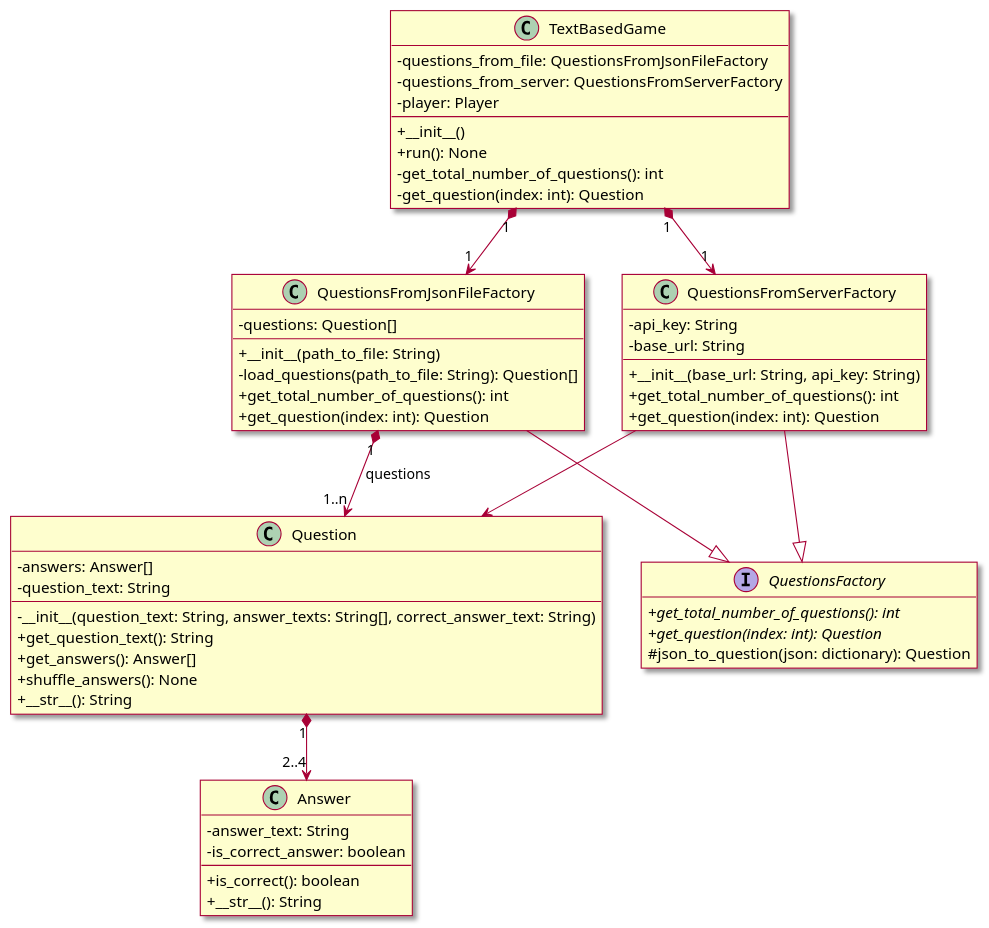
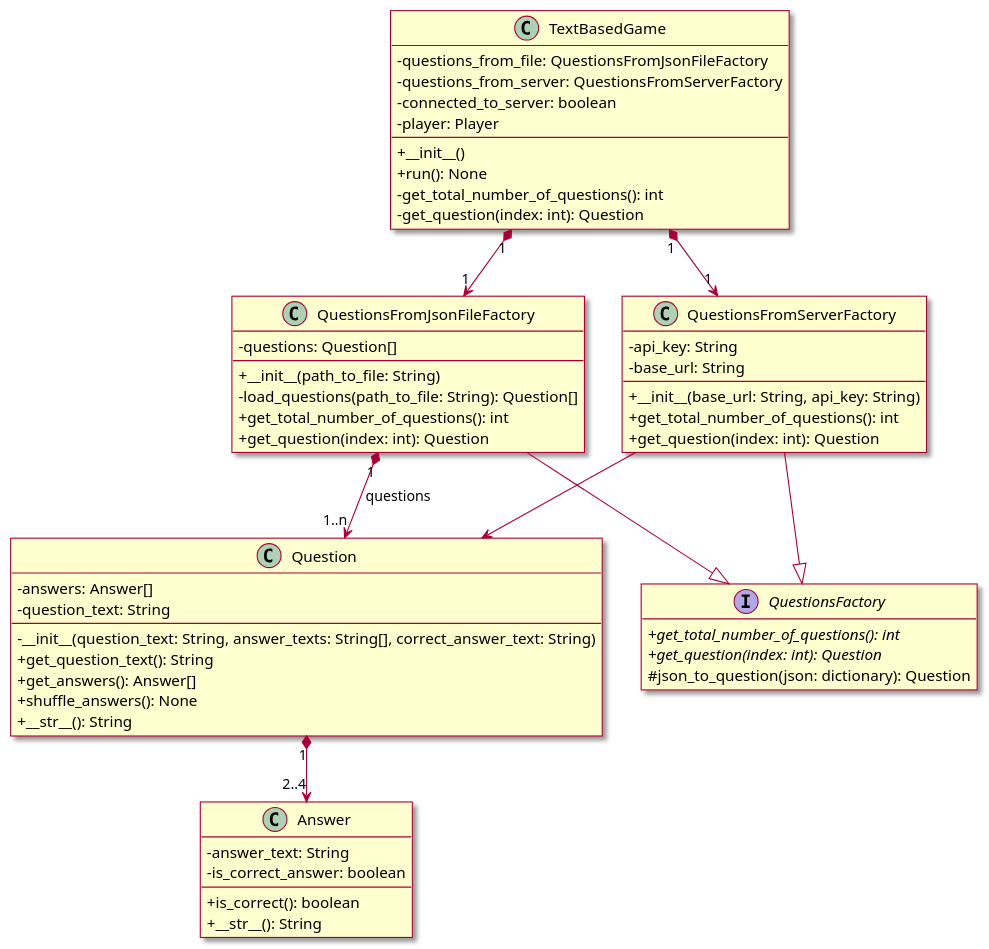
The diagram in diagrams/question_data.puml (killuari/quiz_game_ctk), drawn with PlantUML before and after one commit.

Commit message:
Fix class diagram

```diff
--- a/diagrams/question_data.puml
+++ b/diagrams/question_data.puml
@@ -1,64 +1,65 @@
 @startuml
 hide empty members
 skin rose
 skinparam classAttributeIconSize 0
 
 class Question {
     - answers: Answer[]
     - question_text: String
     - __init__(question_text: String, answer_texts: String[], correct_answer_text: String)
     + get_question_text(): String
     + get_answers(): Answer[]
     + shuffle_answers(): None
     + __str__(): String
 }
 
 class Answer {
     - answer_text: String
     - is_correct_answer: boolean
     + is_correct(): boolean
     + __str__(): String
 }
 
 class QuestionsFromJsonFileFactory {
     - questions: Question[]
     + __init__(path_to_file: String)
     - load_questions(path_to_file: String): Question[]
     + get_total_number_of_questions(): int
     + get_question(index: int): Question
 }
 
 class QuestionsFromServerFactory {
     - api_key: String
     - base_url: String
     + __init__(base_url: String, api_key: String)
     + get_total_number_of_questions(): int
     + get_question(index: int): Question
 }
 
 interface QuestionsFactory {
     + {abstract} get_total_number_of_questions(): int
     + {abstract} get_question(index: int): Question
     # json_to_question(json: dictionary): Question
 }
 
 class TextBasedGame {
     - questions_from_file: QuestionsFromJsonFileFactory
     - questions_from_server: QuestionsFromServerFactory
+    - connected_to_server: boolean
     - player: Player
     + __init__()
     + run(): None
     - get_total_number_of_questions(): int
     - get_question(index: int): Question
 
 }
 
 Question "1" *--> "2..4" Answer
 QuestionsFromJsonFileFactory "1" *--> "1..n" Question: questions
 QuestionsFromServerFactory --> Question
 QuestionsFromServerFactory --|> QuestionsFactory
 QuestionsFromJsonFileFactory --|> QuestionsFactory
 TextBasedGame "1" *--> "1" QuestionsFromJsonFileFactory
 TextBasedGame "1" *--> "1" QuestionsFromServerFactory
 
 @enduml
```
